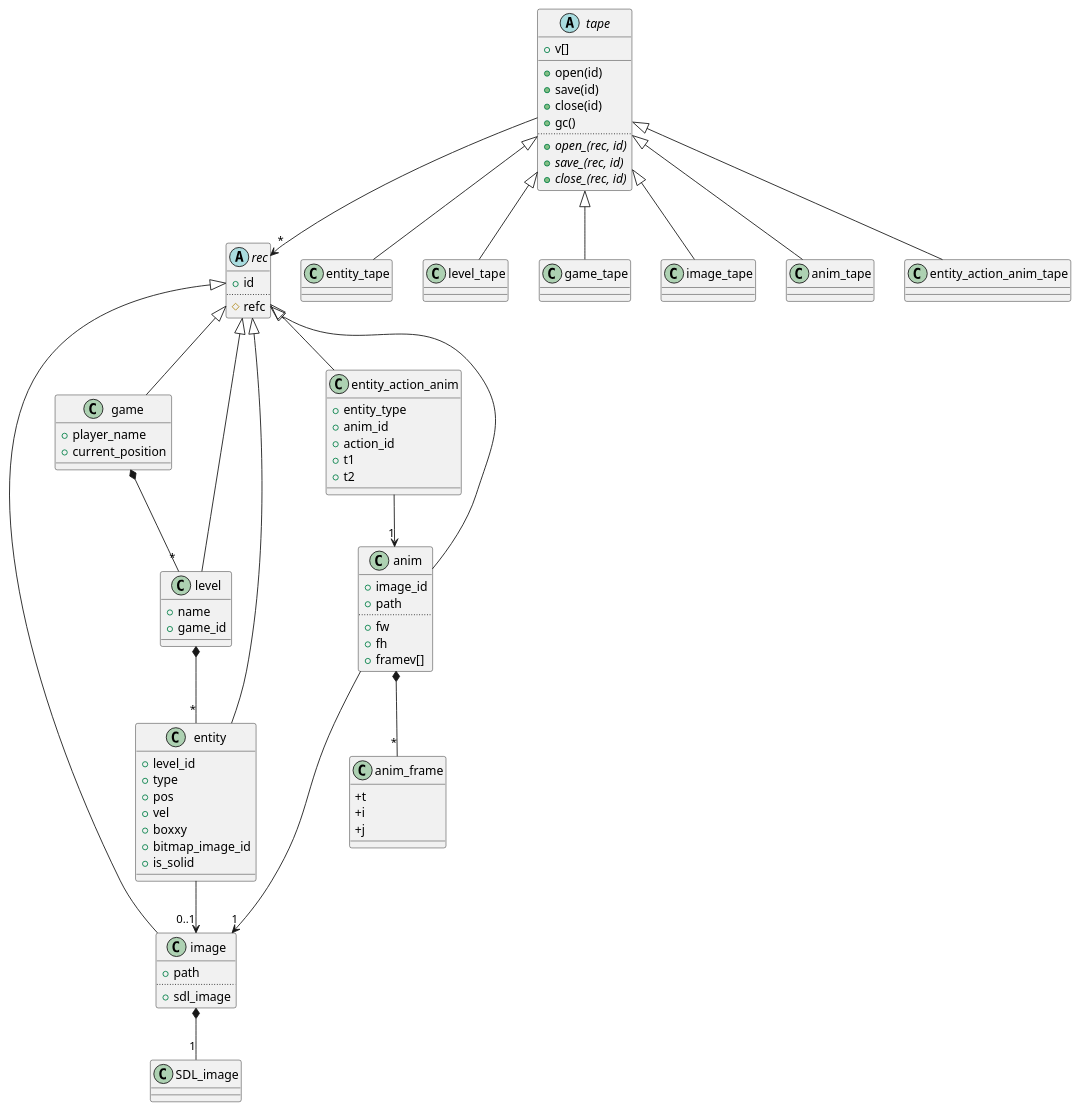
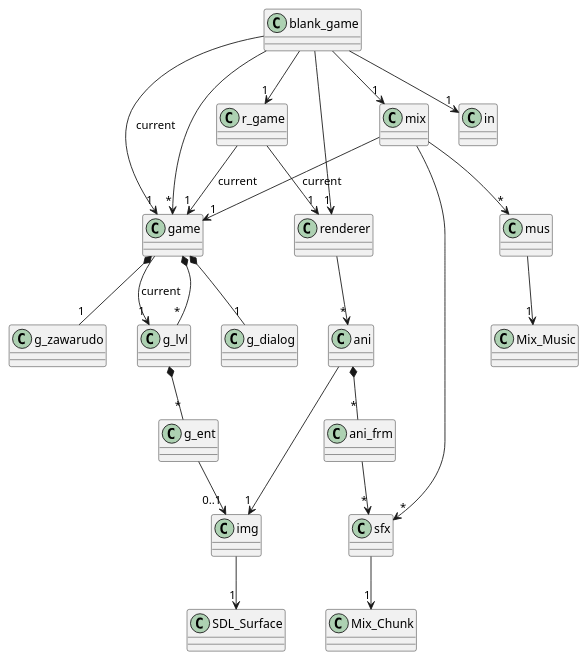
The diagram in doc/classes.plantuml (skylittlesystem/blank_game), drawn with PlantUML before and after one commit. The commit also changed 45 other files, not shown here.

```diff
--- a/doc/classes.plantuml
+++ b/doc/classes.plantuml
@@ -1,104 +1,84 @@
 @startuml
 
-abstract class rec {
-	+id
-	..
-	#refc
+class blank_game {
 }
 
-abstract class tape {
-	+v[]
-	__
-	+open(id)
-	+save(id)
-	+close(id)
-	+gc()
-	..
-	{abstract} +open_(rec, id)
-	{abstract} +save_(rec, id)
-	{abstract} +close_(rec, id)
+blank_game --> "*" game
+blank_game --> "1" game : current
+blank_game --> "1" renderer
+blank_game --> "1" r_game
+blank_game --> "1" in
+blank_game --> "1" mix
+
+class game {
 }
 
-tape --> "*" rec
+game *-- "1" g_dialog
+game *-- "1" g_zawarudo
+game *-- "*" g_lvl
+game --> "1" g_lvl : current
 
-class entity {
-	+level_id
-	+type
-	+pos
-	+vel
-	+boxxy
-	+bitmap_image_id
-	+is_solid
+class g_lvl {
 }
 
-entity --> "0..1" image
+g_lvl *-- "*" g_ent
 
-rec <|-- entity
-tape <|-- entity_tape
-
-class level {
-	+name
-	+game_id
+class g_ent {
 }
 
-level *-- "*" entity
+g_ent --> "0..1" img
 
-rec <|-- level
-tape <|-- level_tape
-
-class game {
-	+player_name
-	+current_position
+class g_dialog {
 }
 
-game *-- "*" level
-
-rec <|-- game
-tape <|-- game_tape
-
-class image {
-	+path
-	..
-	+sdl_image
+class g_zawarudo {
 }
 
-image *-- "1" SDL_image
-
-rec <|-- image
-tape <|-- image_tape
-
-class anim_frame {
-	+t
-	+i
-	+j
+class ani {
 }
 
-class anim {
-	+image_id
-	+path
-	..
-	+fw
-	+fh
-	+framev[]
+ani --> "1" img
+ani *-- "*" ani_frm
+
+class ani_frm {
 }
 
-anim --> "1" image
-anim *-- "*" anim_frame
+ani_frm --> "*" sfx
 
-rec <|-- anim
-tape <|-- anim_tape
-
-class entity_action_anim {
-	+entity_type
-	+anim_id
-	+action_id
-	+t1
-	+t2
+class img {
 }
 
-entity_action_anim --> "1" anim
+img --> "1" SDL_Surface
 
-rec <|-- entity_action_anim
-tape <|-- entity_action_anim_tape
+class in {
+}
+
+class mix {
+}
+
+mix --> "1" game : current
+mix --> "*" mus
+mix --> "*" sfx
+
+class mus {
+}
+
+mus --> "1" Mix_Music
+
+class sfx {
+}
+
+sfx --> "1" Mix_Chunk
+
+class renderer {
+}
+
+renderer --> "*" ani
+
+class r_game {
+}
+
+r_game --> "1" renderer
+r_game --> "1" game : current
 
 @enduml
```
